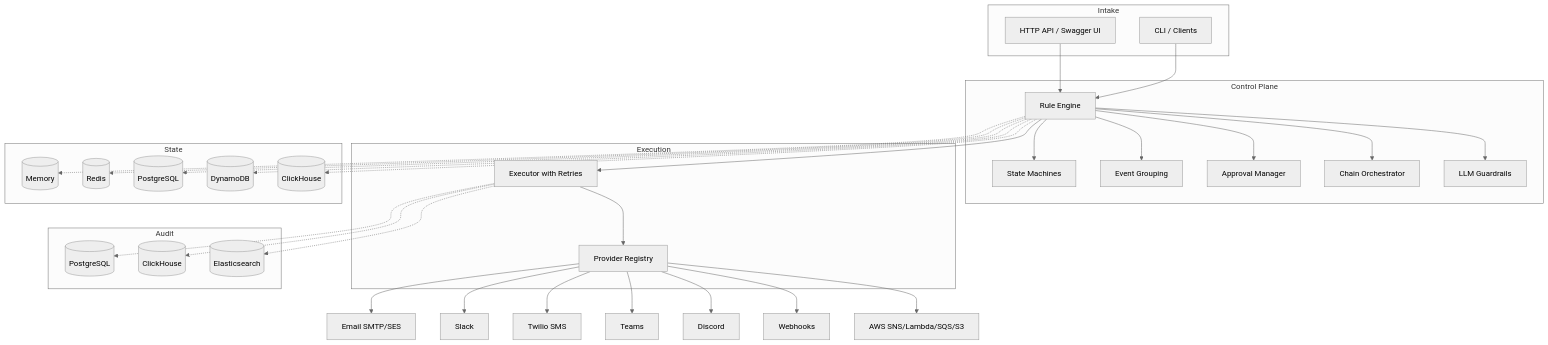
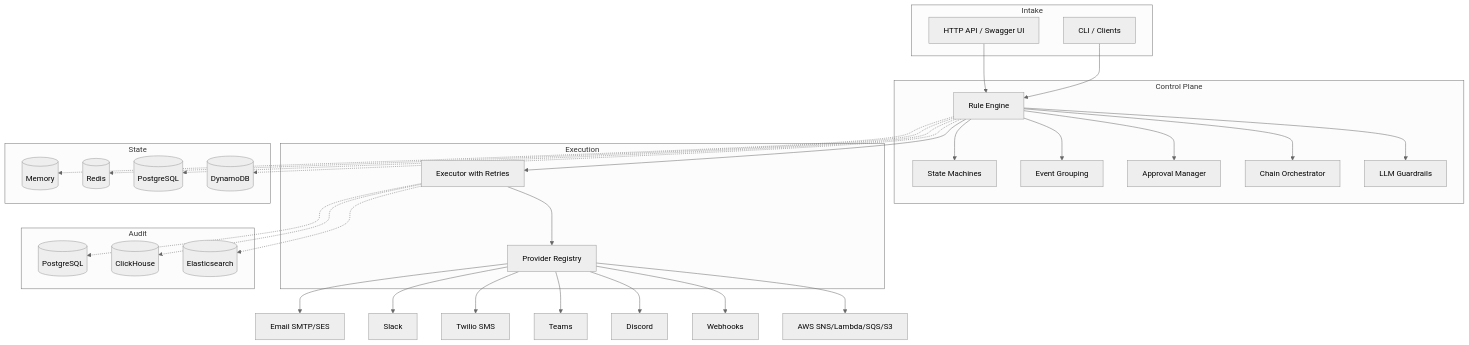
One commit to penserai/acteon changed the second of 2 diagrams in docs/book/index.md. Above: the diagram before and after it, drawn with Mermaid (neutral theme). The commit also changed other lines of this file and 33 other files, not shown here.

````diff
--- a/docs/book/index.md
+++ b/docs/book/index.md
@@ -256,54 +256,53 @@
 ```mermaid
 graph TB
     subgraph Intake
         API[HTTP API / Swagger UI]
         CLI[CLI / Clients]
     end
 
     subgraph Control Plane
         RE[Rule Engine]
         SM[State Machines]
         GRP[Event Grouping]
         APR[Approval Manager]
         CHN[Chain Orchestrator]
         LLM[LLM Guardrails]
     end
 
     subgraph Execution
         EX[Executor with Retries]
         PROV[Provider Registry]
     end
 
     subgraph State
         MEM[(Memory)]
         RED[(Redis)]
         PG[(PostgreSQL)]
         DDB[(DynamoDB)]
-        CH[(ClickHouse)]
     end
 
     subgraph Audit
         AUD_PG[(PostgreSQL)]
         AUD_CH[(ClickHouse)]
         AUD_ES[(Elasticsearch)]
     end
 
     API --> RE
     CLI --> RE
     RE --> SM
     RE --> GRP
     RE --> APR
     RE --> CHN
     RE --> LLM
     RE --> EX
     EX --> PROV
     PROV --> Email[Email SMTP/SES]
     PROV --> Slack[Slack]
     PROV --> Twilio[Twilio SMS]
     PROV --> Teams[Teams]
     PROV --> Discord[Discord]
     PROV --> WH[Webhooks]
     PROV --> AWS[AWS SNS/Lambda/SQS/S3]
-    RE -.-> MEM & RED & PG & DDB & CH
+    RE -.-> MEM & RED & PG & DDB
     EX -.-> AUD_PG & AUD_CH & AUD_ES
 ```
````
